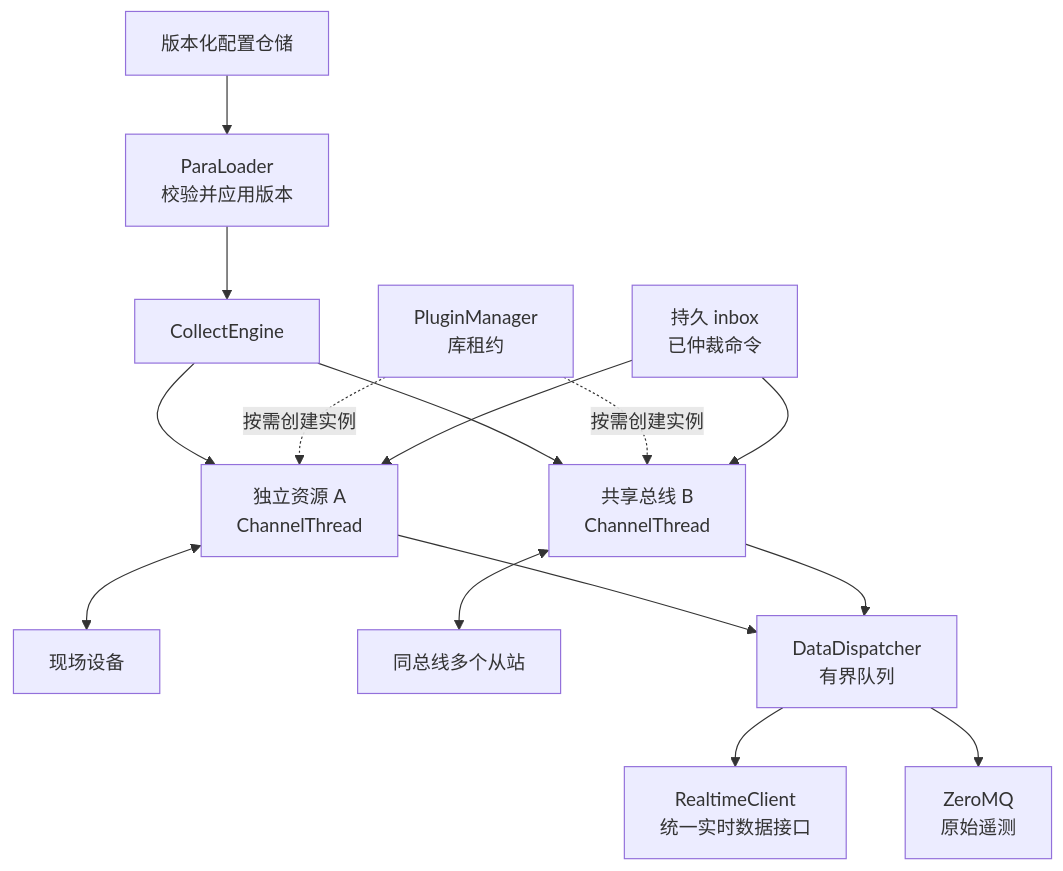
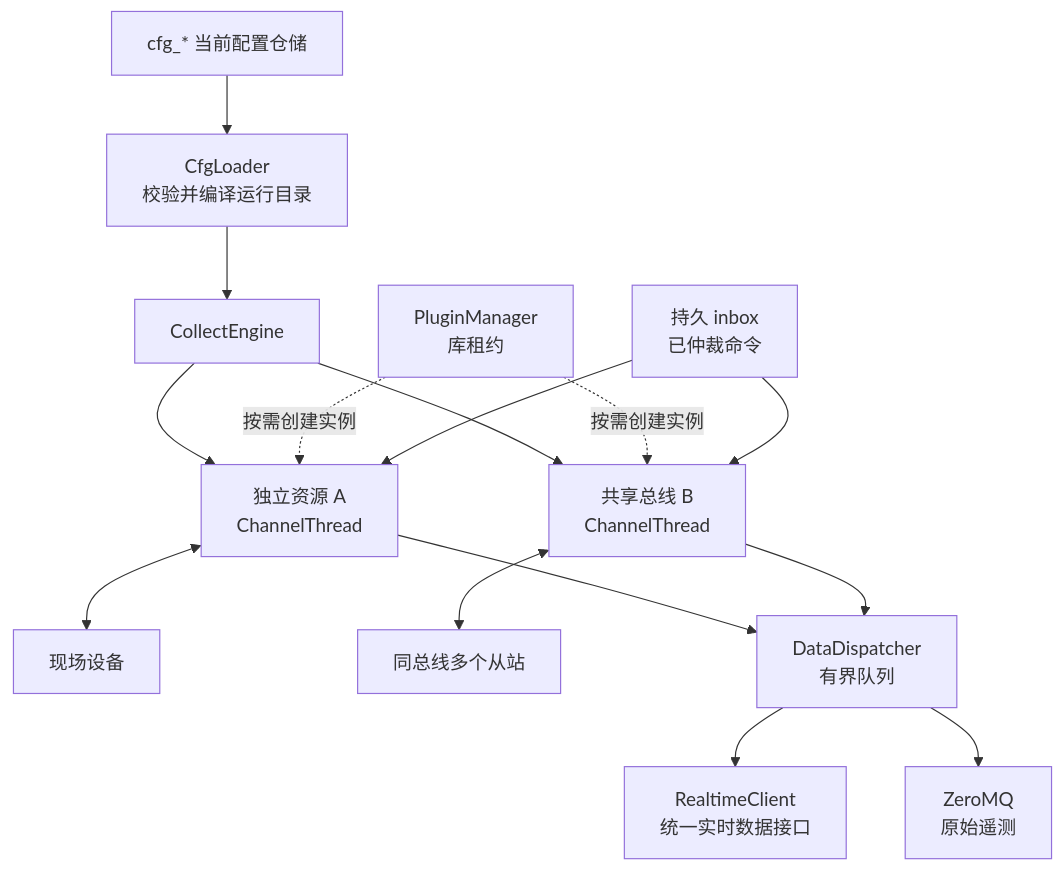
One commit to 600888/ems changed the first of 8 diagrams in website/docs/processes/collector/design.md. Above: the diagram before and after it, drawn with Mermaid. The commit also changed other lines of this file and 59 other files, not shown here.

````diff
--- a/website/docs/processes/collector/design.md
+++ b/website/docs/processes/collector/design.md
@@ -42,17 +42,17 @@
 ```mermaid
 flowchart TB
-    Config[版本化配置仓储] --> Para["ParaLoader<br/>校验并应用版本"]
+    Config[cfg_* 当前配置仓储] --> Para["CfgLoader<br/>校验并编译运行目录"]
     Para --> Engine[CollectEngine]
     Engine --> A["独立资源 A<br/>ChannelThread"]
     Engine --> B["共享总线 B<br/>ChannelThread"]
     Manager["PluginManager<br/>库租约"] -.按需创建实例.-> A
     Manager -.按需创建实例.-> B
     A <--> DeviceA[现场设备]
     B <--> DeviceB[同总线多个从站]
     Inbox["持久 inbox<br/>已仲裁命令"] --> A
     Inbox --> B
     A --> Dispatch["DataDispatcher<br/>有界队列"]
     B --> Dispatch
     Dispatch --> RT["RealtimeClient<br/>统一实时数据接口"]
     Dispatch --> Event["ZeroMQ<br/>原始遥测"]
 ```
````
